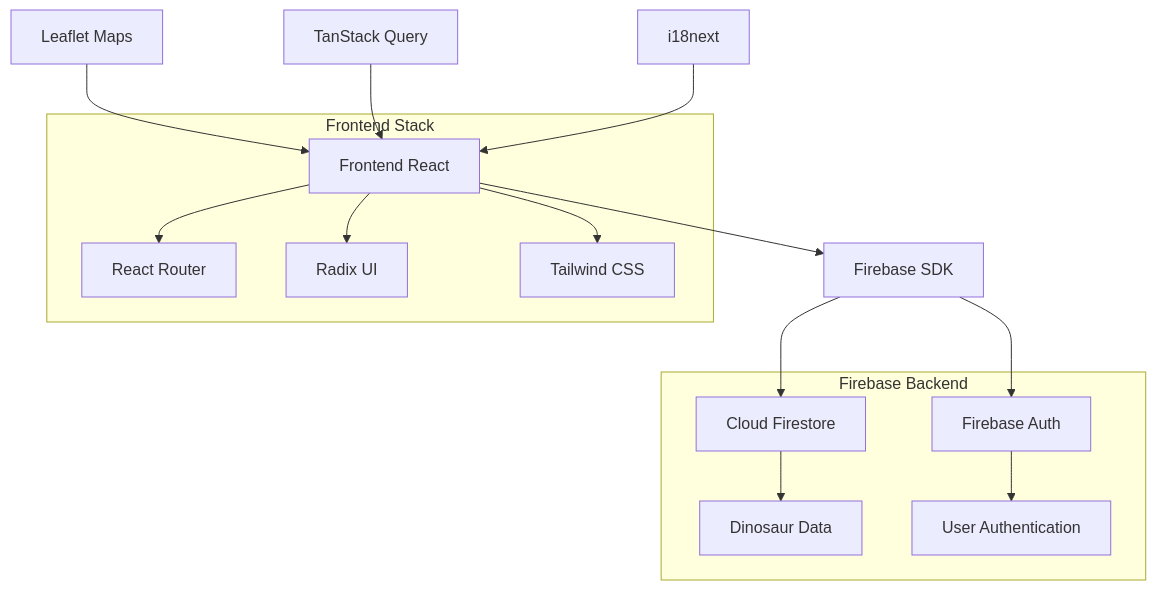
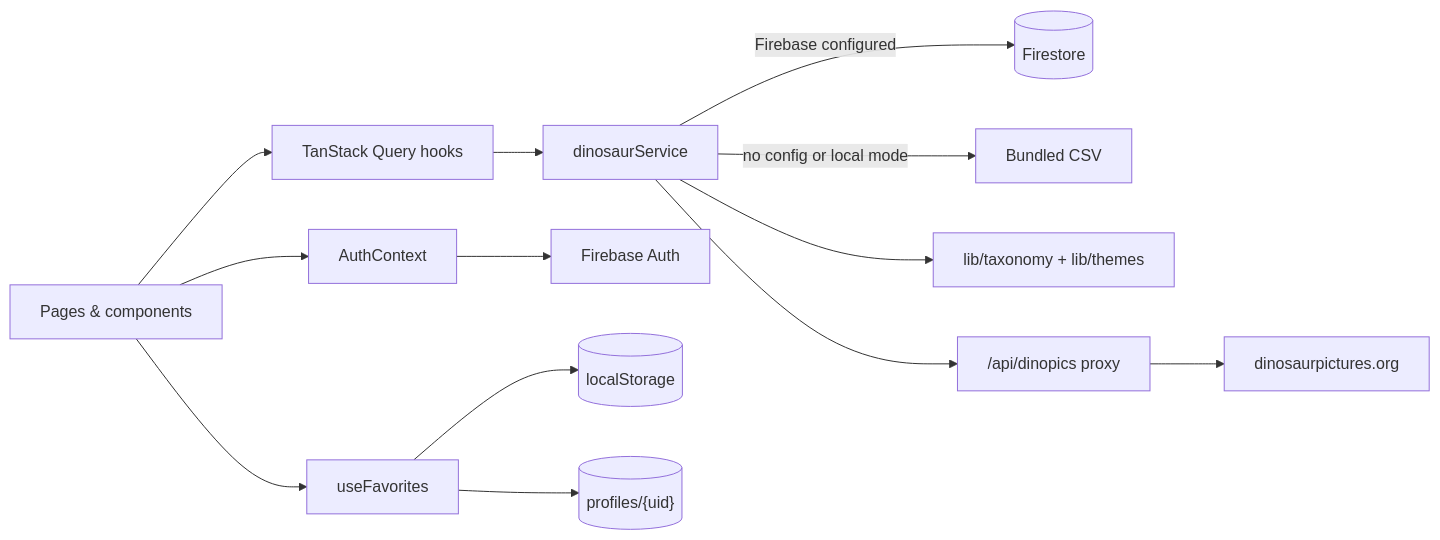
One commit to ensinho/dino-library changed the diagram in README.md. Above: the diagram before and after it, drawn with Mermaid. The commit also changed other lines of this file and 4 other files, not shown here.

````diff
--- a/README.md
+++ b/README.md
@@ -89,21 +48,13 @@
 ```mermaid
-graph TB
-    A[Frontend React] --> B[Firebase SDK]
-    B --> C[Cloud Firestore]
-    B --> D[Firebase Auth]
-    
-    F[Leaflet Maps] --> A
-    G[TanStack Query] --> A
-    H[i18next] --> A
-    
-    subgraph "Firebase Backend"
-        C --> I[Dinosaur Data]
-        D --> J[User Authentication]
-    end
-    
-    subgraph "Frontend Stack"
-        A --> L[React Router]
-        A --> M[Radix UI]
-        A --> N[Tailwind CSS]
-    end
+graph LR
+  UI[Pages & components] --> Q[TanStack Query hooks]
+  Q --> S[dinosaurService]
+  S -->|Firebase configured| F[(Firestore)]
+  S -->|no config or local mode| C[Bundled CSV]
+  S --> T["lib/taxonomy + lib/themes"]
+  UI --> A[AuthContext] --> FA[Firebase Auth]
+  UI --> FV[useFavorites]
+  FV --> LS[(localStorage)]
+  FV --> P[("profiles/{uid}")]
+  S --> IMG["/api/dinopics proxy"] --> DP[dinosaurpictures.org]
 ```
````
